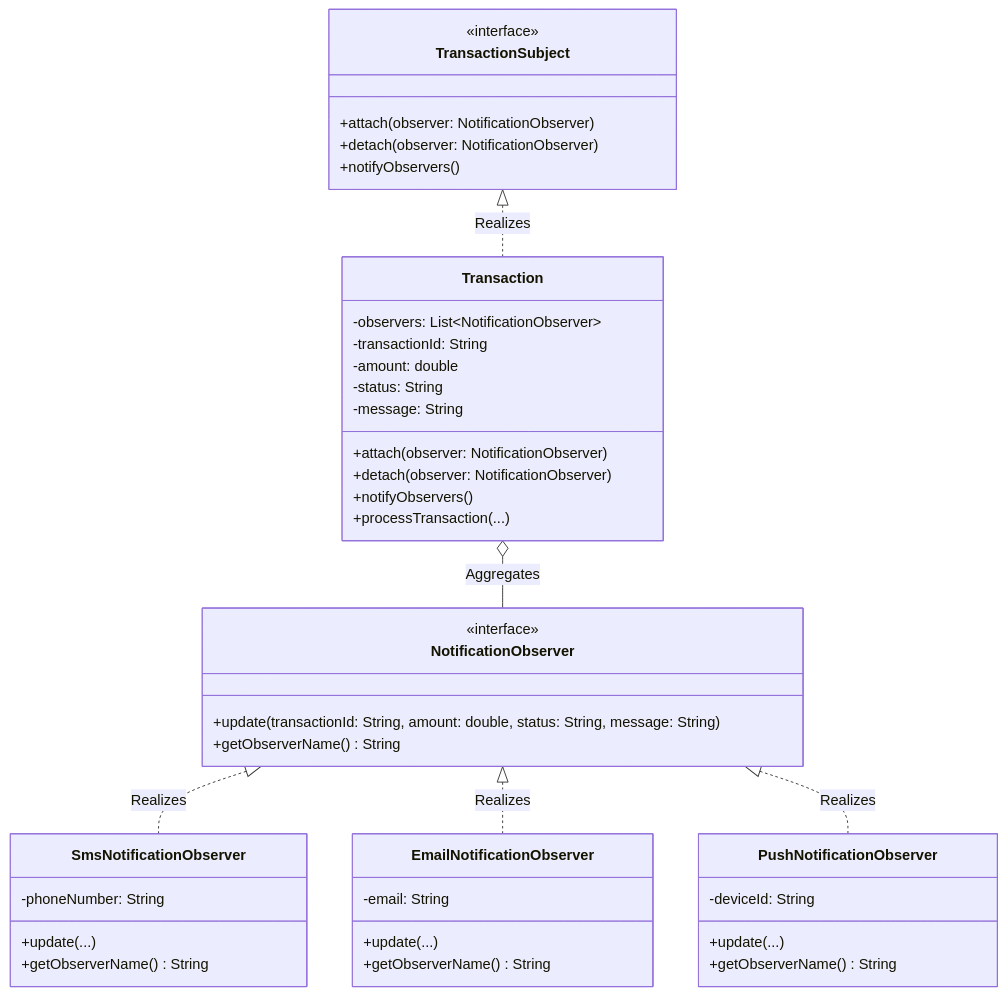
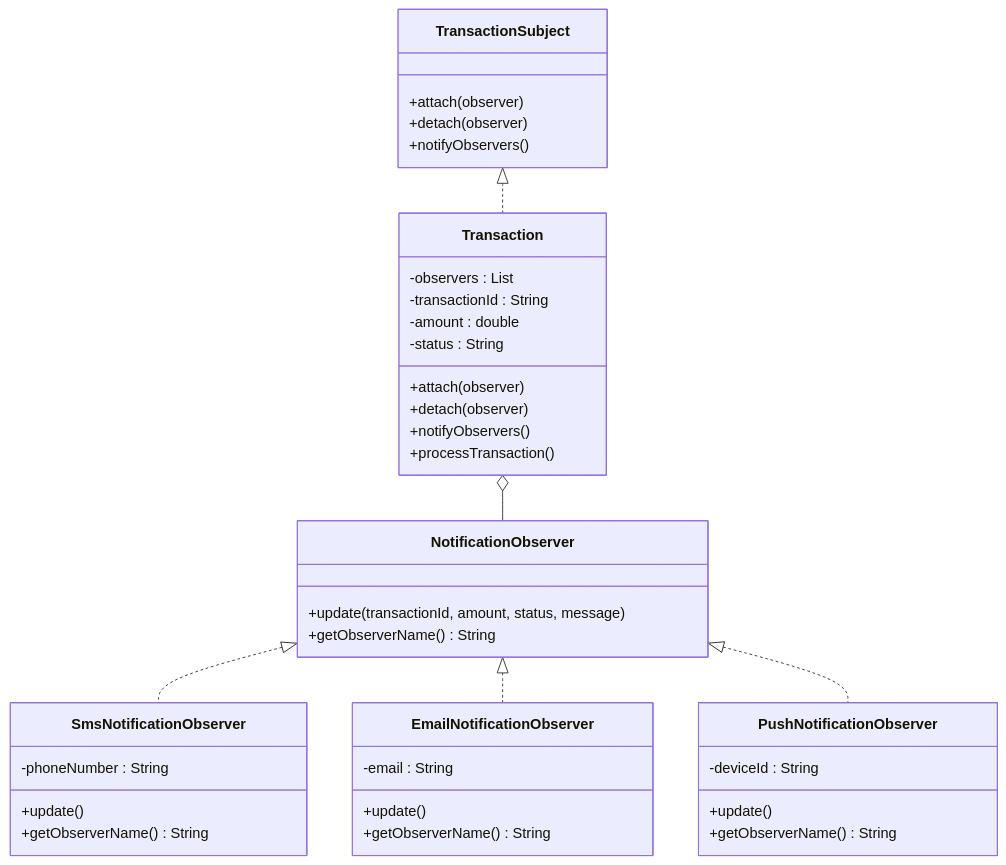
The diagram in design-patterns/behavioral/observer/README.md (uttams237/oopsAndLLD), drawn with Mermaid before and after one commit. The commit also changed 5 other files, not shown here.

Commit message:
Simplify all Mermaid diagrams for GitHub compatibility

````diff
--- a/design-patterns/behavioral/observer/README.md
+++ b/design-patterns/behavioral/observer/README.md
@@ -59,51 +59,48 @@
 ```mermaid
 classDiagram
     class NotificationObserver {
-        <<interface>>
-        +update(transactionId: String, amount: double, status: String, message: String)
+        +update(transactionId, amount, status, message)
         +getObserverName() String
     }
 
     class SmsNotificationObserver {
-        -phoneNumber: String
-        +update(...)
+        -phoneNumber : String
+        +update()
         +getObserverName() String
     }
 
     class EmailNotificationObserver {
-        -email: String
-        +update(...)
+        -email : String
+        +update()
         +getObserverName() String
     }
 
     class PushNotificationObserver {
-        -deviceId: String
-        +update(...)
+        -deviceId : String
+        +update()
         +getObserverName() String
     }
 
     class TransactionSubject {
-        <<interface>>
-        +attach(observer: NotificationObserver)
-        +detach(observer: NotificationObserver)
+        +attach(observer)
+        +detach(observer)
         +notifyObservers()
     }
 
     class Transaction {
-        -observers: List~NotificationObserver~
-        -transactionId: String
-        -amount: double
-        -status: String
-        -message: String
-        +attach(observer: NotificationObserver)
-        +detach(observer: NotificationObserver)
+        -observers : List
+        -transactionId : String
+        -amount : double
+        -status : String
+        +attach(observer)
+        +detach(observer)
         +notifyObservers()
-        +processTransaction(...)
+        +processTransaction()
     }
 
-    NotificationObserver <|.. SmsNotificationObserver : Realizes
-    NotificationObserver <|.. EmailNotificationObserver : Realizes
-    NotificationObserver <|.. PushNotificationObserver : Realizes
-    TransactionSubject <|.. Transaction : Realizes
-    Transaction o-- NotificationObserver : Aggregates
+    NotificationObserver <|.. SmsNotificationObserver
+    NotificationObserver <|.. EmailNotificationObserver
+    NotificationObserver <|.. PushNotificationObserver
+    TransactionSubject <|.. Transaction
+    Transaction o-- NotificationObserver
 ```
````
